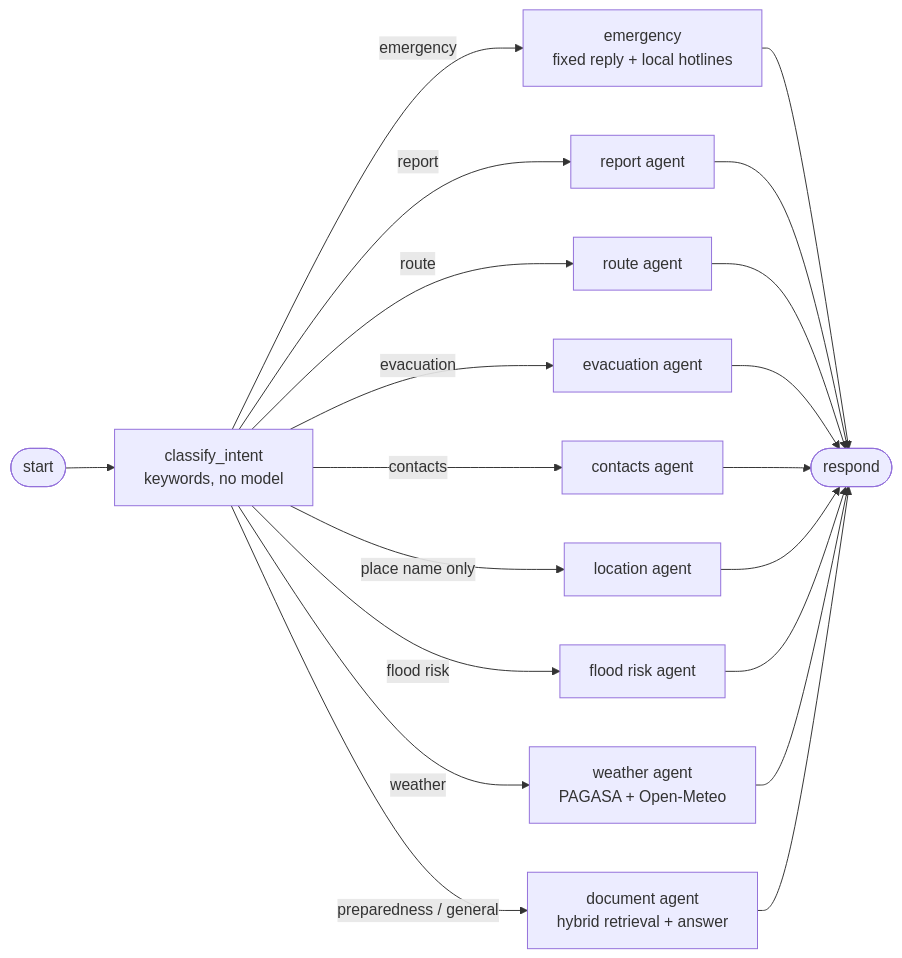
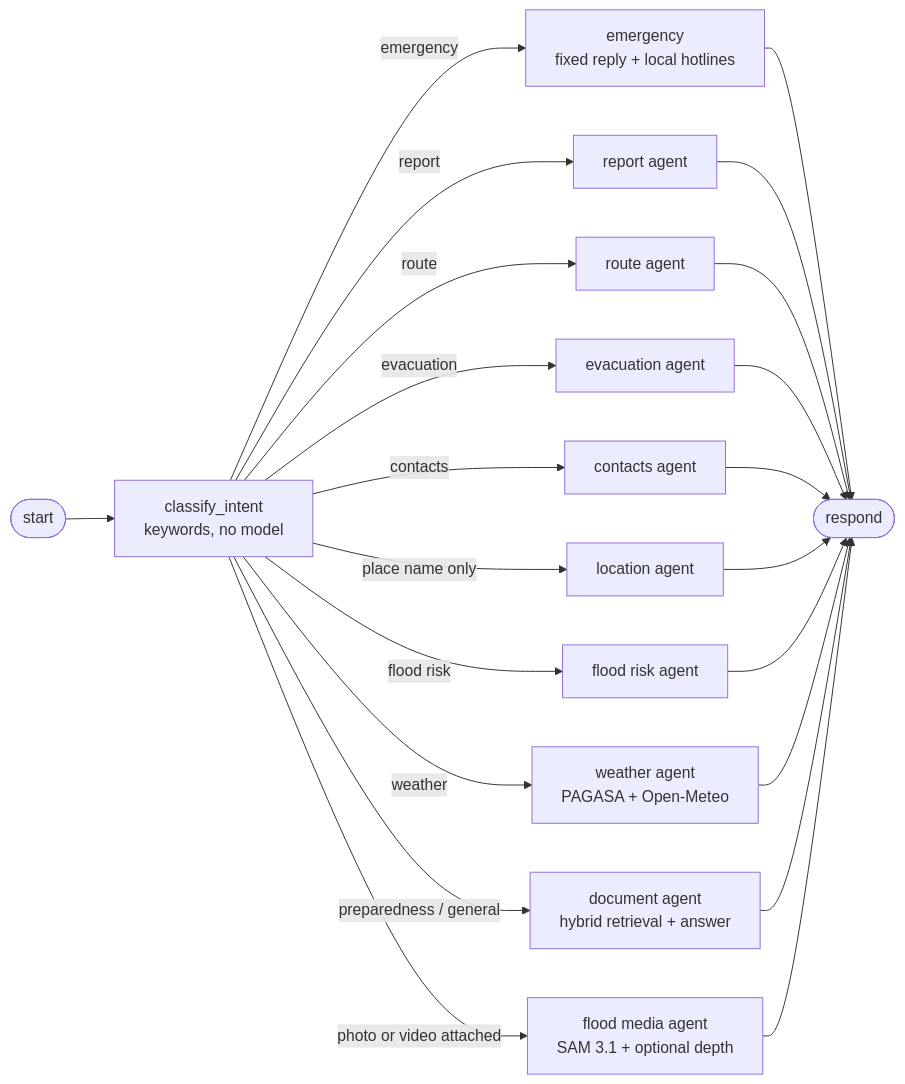
One commit to kennethmedes28/AI-Mihan changed the second of 4 diagrams in docs/backend_architecture.md. Above: the diagram before and after it, drawn with Mermaid. The commit also changed other lines of this file and 3 other files, not shown here.

````diff
--- a/docs/backend_architecture.md
+++ b/docs/backend_architecture.md
@@ -108,22 +109,24 @@
 ```mermaid
 flowchart LR
     S([start]) --> K[classify_intent<br/>keywords, no model]
     K -->|emergency| E[emergency<br/>fixed reply + local hotlines]
     K -->|report| RP[report agent]
     K -->|route| RT[route agent]
     K -->|evacuation| EV[evacuation agent]
     K -->|contacts| C[contacts agent]
     K -->|place name only| L[location agent]
     K -->|flood risk| FR[flood risk agent]
+    K -->|photo or video attached| M[flood media agent<br/>SAM 3.1 + optional depth]
     K -->|weather| W[weather agent<br/>PAGASA + Open-Meteo]
     K -->|preparedness / general| D[document agent<br/>hybrid retrieval + answer]
     E --> O([respond])
     RP --> O
     RT --> O
     EV --> O
     C --> O
     L --> O
     FR --> O
     W --> O
     D --> O
+    M --> O
 ```
````
